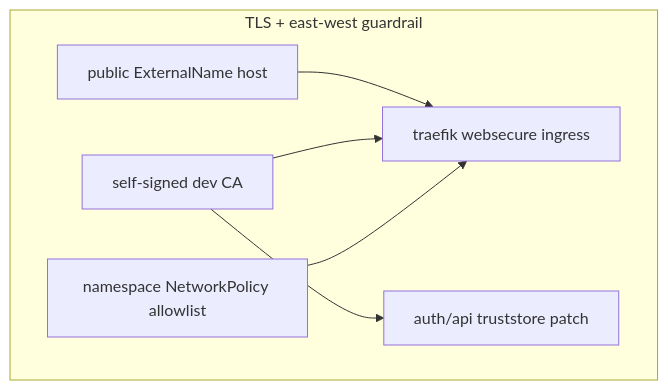
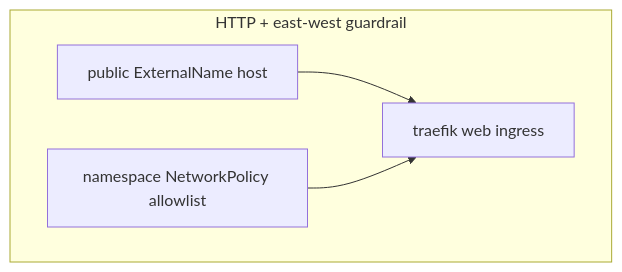
One commit to DongHyeonka/Project-Auth-GitOps changed diagram 27 of 31 in README.md. Above: the diagram before and after it, drawn with Mermaid. The commit also changed other lines of this file and 33 other files, not shown here.

````diff
--- a/README.md
+++ b/README.md
@@ -906,15 +922,11 @@
 ```mermaid
 flowchart TD
-  subgraph AFTER[TLS + east-west guardrail]
+  subgraph AFTER[HTTP + east-west guardrail]
     B1[public ExternalName host]
-    B2[traefik websecure ingress]
-    B3[self-signed dev CA]
-    B4[auth/api truststore patch]
-    B5[namespace NetworkPolicy allowlist]
+    B2[traefik web ingress]
+    B3[namespace NetworkPolicy allowlist]
   end
 
   B1 --> B2
   B3 --> B2
-  B3 --> B4
-  B5 --> B2
 ```
````
